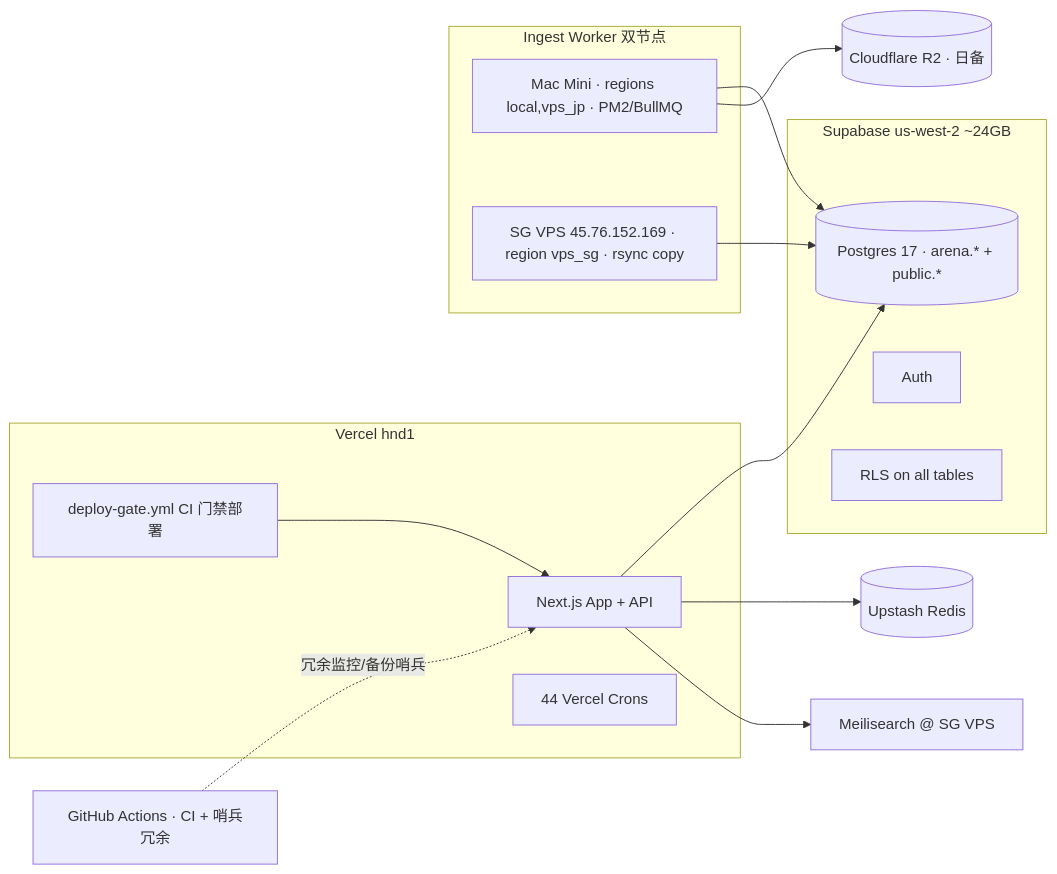
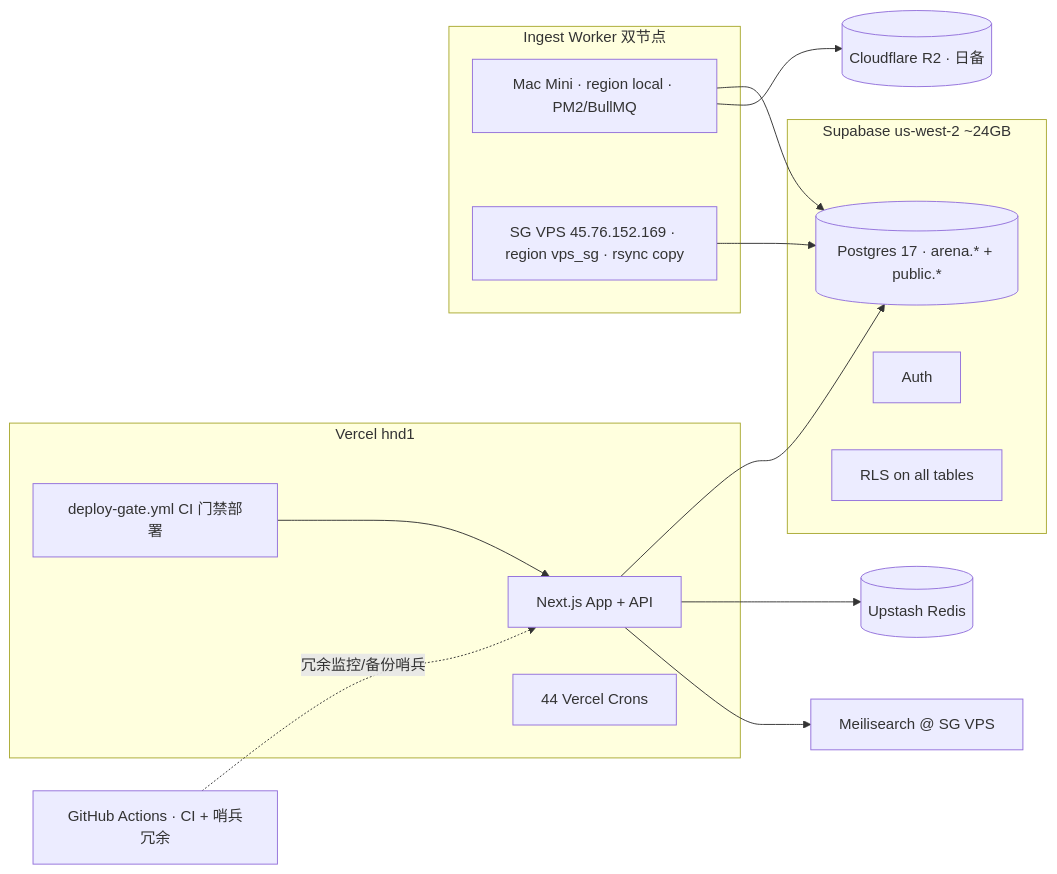
The third of 4 diagrams in docs/ARCHITECTURE.md (Adeline117/ranking-arena), drawn with Mermaid before and after one commit. The commit also changed 11 other files, not shown here.

````diff
--- a/docs/ARCHITECTURE.md
+++ b/docs/ARCHITECTURE.md
@@ -82,30 +82,30 @@
 ```mermaid
 graph LR
   subgraph Vercel[Vercel hnd1]
     APP[Next.js App + API]
     CRON[44 Vercel Crons]
     GATE[deploy-gate.yml CI 门禁部署]
   end
   subgraph Supabase[Supabase us-west-2 ~24GB]
     PG[(Postgres 17 · arena.* + public.*)]
     AUTH[Auth]
     RLS[RLS on all tables]
   end
   subgraph Nodes[Ingest Worker 双节点]
-    MM[Mac Mini · regions local,vps_jp · PM2/BullMQ]
+    MM[Mac Mini · region local · PM2/BullMQ]
     SG[SG VPS 45.76.152.169 · region vps_sg · rsync copy]
   end
   MEILI[Meilisearch @ SG VPS]
   REDIS[(Upstash Redis)]
   R2[(Cloudflare R2 · 日备)]
   GH[GitHub Actions · CI + 哨兵冗余]
 
   APP --> PG
   APP --> REDIS
   APP --> MEILI
   MM --> PG
   SG --> PG
   MM --> R2
   GH -.冗余监控/备份哨兵.-> APP
   GATE --> APP
 ```
````
